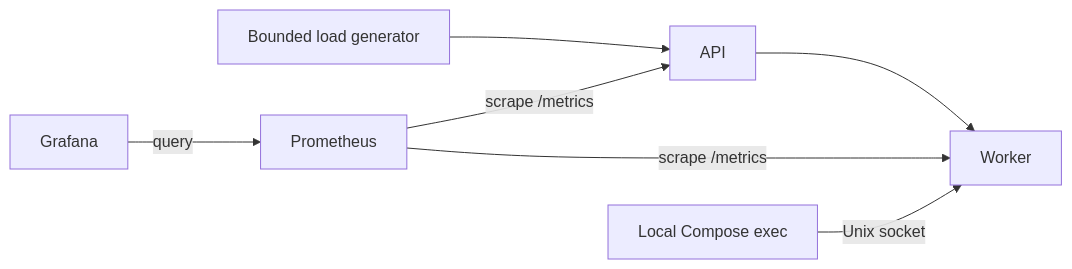
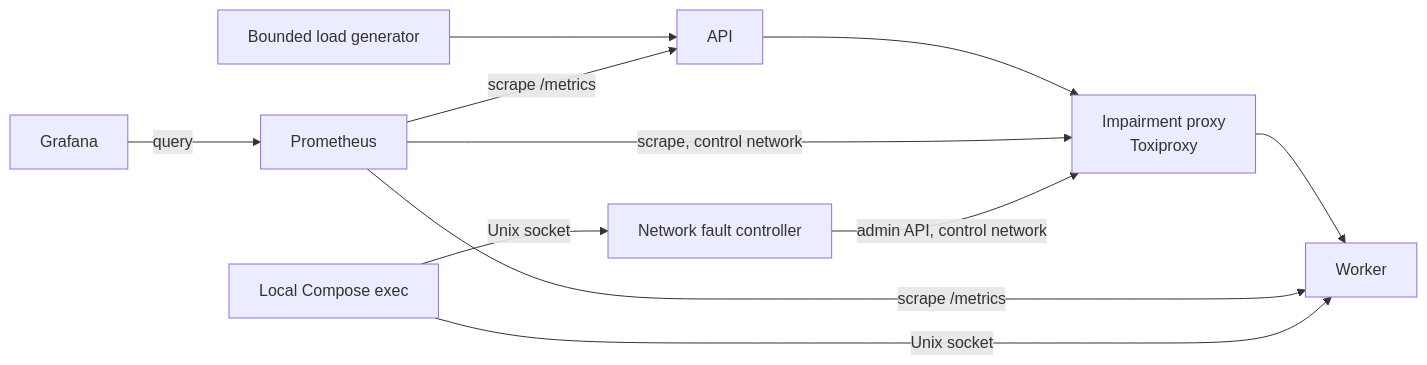
One commit to arham-siddiqui/agentic-network-ops changed the diagram in README.md. Above: the diagram before and after it, drawn with Mermaid. The commit also changed other lines of this file and 16 other files, not shown here.

First line of the commit message:
Add bounded API-to-worker network impairment via Toxiproxy

````diff
--- a/README.md
+++ b/README.md
@@ -5,9 +5,13 @@
 ```mermaid
 flowchart LR
     load[Bounded load generator] --> api[API]
-    api --> worker[Worker]
+    api --> proxy[Impairment proxy<br/>Toxiproxy]
+    proxy --> worker[Worker]
     prom[Prometheus] -->|scrape /metrics| api
     prom -->|scrape /metrics| worker
+    prom -->|scrape, control network| proxy
     grafana[Grafana] -->|query| prom
     local[Local Compose exec] -->|Unix socket| worker
+    local -->|Unix socket| netctl[Network fault controller]
+    netctl -->|admin API, control network| proxy
 ```
````
